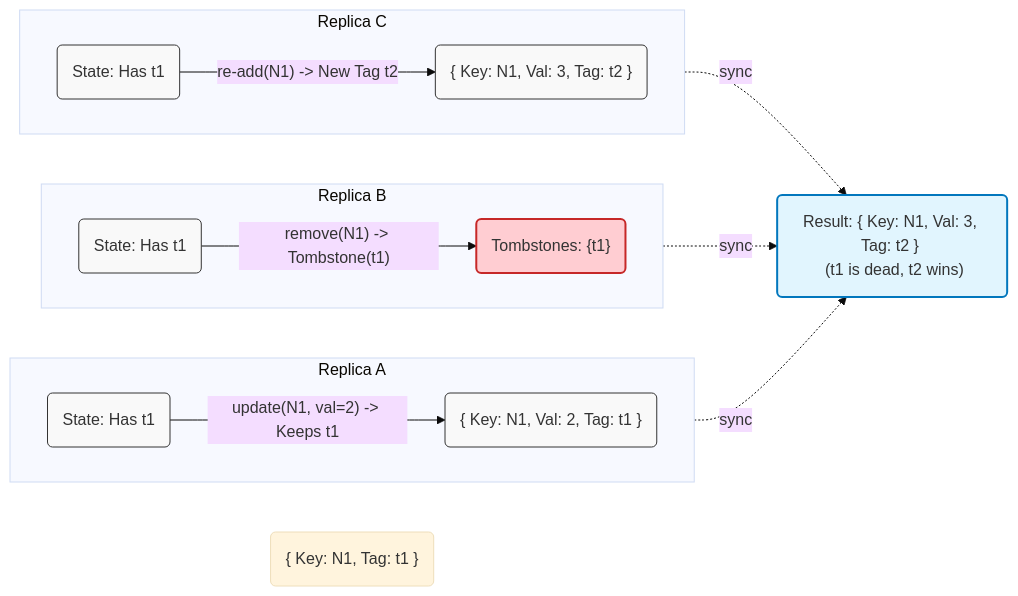
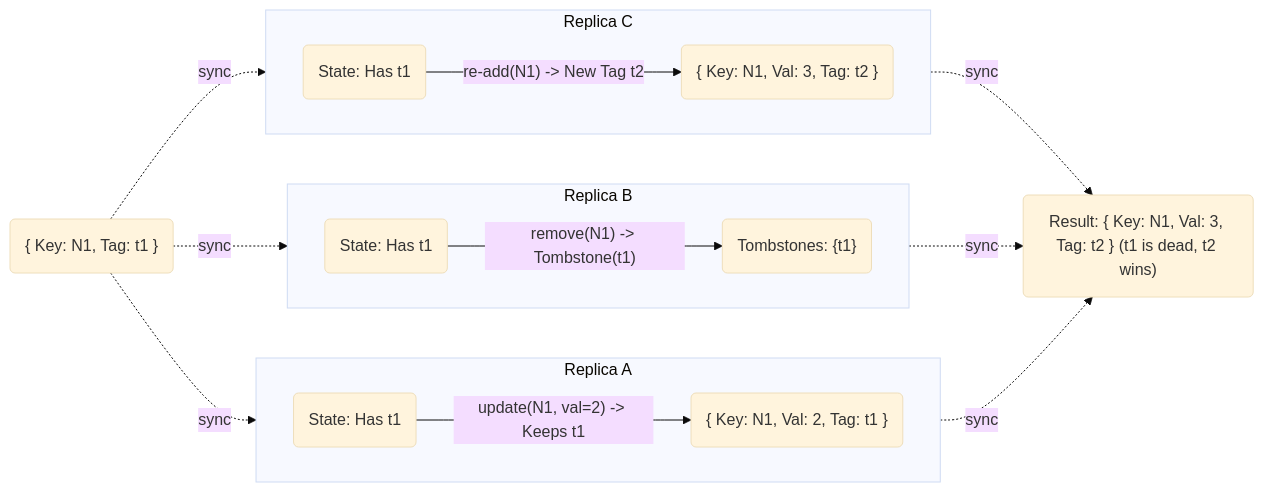
The third of 4 diagrams in MasterReactApp_ts/Thoughts/Architecture/Conflict_Merge_Behaviour.md (MichaLandgram/Property_Graph_CRDT), drawn with Mermaid (base theme) before and after one commit. The commit also changed other lines of this file and 3 other files, not shown here.

````diff
--- a/MasterReactApp_ts/Thoughts/Architecture/Conflict_Merge_Behaviour.md
+++ b/MasterReactApp_ts/Thoughts/Architecture/Conflict_Merge_Behaviour.md
@@ -100,34 +100,33 @@
 ```mermaid
 graph LR
-    %% Styles
-    classDef state fill:#f9f9f9,stroke:#333,stroke-width:1px;
-    classDef tomb fill:#ffcdd2,stroke:#c62828,stroke-width:2px;
-    classDef merge fill:#e1f5fe,stroke:#0277bd,stroke-width:2px;
 
     Start("{ Key: N1, Tag: t1 }")
 
     subgraph Replica A
         direction LR
         A0(State: Has t1) -- "update(N1, val=2) -> Keeps t1" --> A1("{ Key: N1, Val: 2, Tag: t1 }")
     end
 
     subgraph Replica B
         direction LR
         B0(State: Has t1) -- "remove(N1) -> Tombstone(t1)" --> B1("Tombstones: {t1}"):::tomb
     end
 
     subgraph Replica C
         direction LR
         C0(State: Has t1) -- "re-add(N1) -> New Tag t2" --> C1("{ Key: N1, Val: 3, Tag: t2 }")
     end
 
+    Start -. "sync" .-> A0
+    Start -. "sync" .-> B0
+    Start -. "sync" .-> C0
     %% Merge Logic
     A1 -. "sync" .-> Merge
     B1 -. "sync" .-> Merge
     C1 -. "sync" .-> Merge
 
-    Merge("Result: { Key: N1, Val: 3, Tag: t2 } \n (t1 is dead, t2 wins)"):::merge
+    Merge("Result: { Key: N1, Val: 3, Tag: t2 } (t1 is dead, t2 wins)"):::merge
 
     %% Explanation
     class A0,A1,B0,C0,C1 state;
 ```
````
